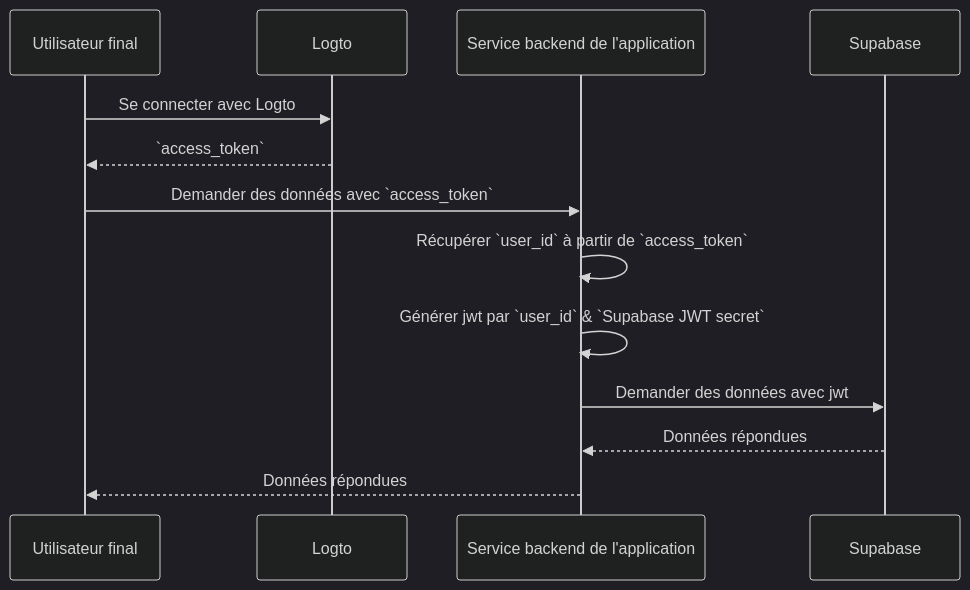
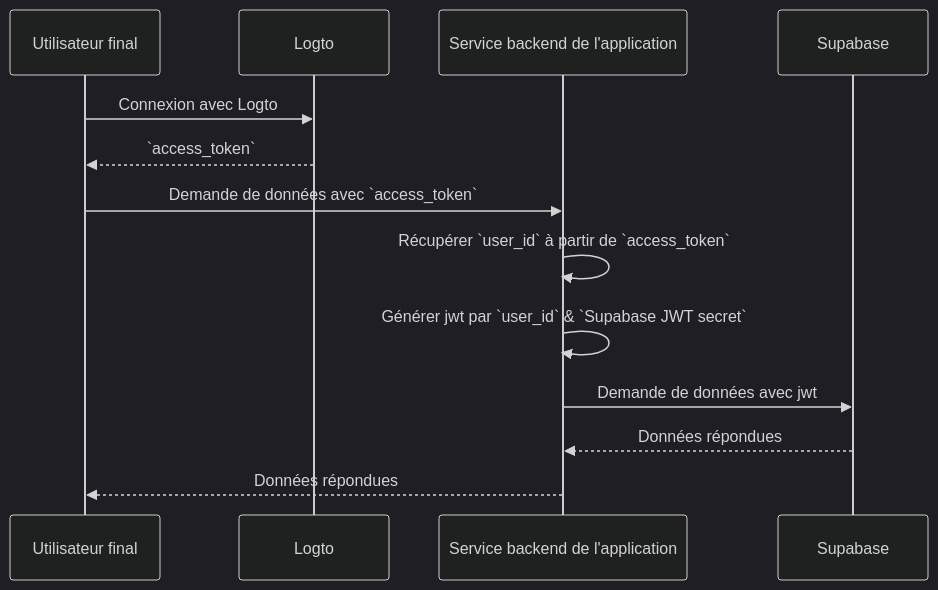
The diagram in i18n/fr/docusaurus-plugin-content-docs/current/quick-starts/database/supabase/README.mdx (logto-io/docs), drawn with Mermaid (dark theme) before and after one commit. The commit also changed other lines of this file and 2629 other files, not shown here.

````diff
--- a/i18n/fr/docusaurus-plugin-content-docs/current/quick-starts/database/supabase/README.mdx
+++ b/i18n/fr/docusaurus-plugin-content-docs/current/quick-starts/database/supabase/README.mdx
@@ -107,16 +113,16 @@
 ```mermaid
 sequenceDiagram
 	Participant U as Utilisateur final
 	Participant Logto
 	Participant B as Service backend de l'application
 	Participant Supabase
 
-	U->>Logto: Se connecter avec Logto
+	U->>Logto: Connexion avec Logto
 	Logto-->>U: `access_token`
-	U->>B: Demander des données avec `access_token`
+	U->>B: Demande de données avec `access_token`
 	B->>B: Récupérer `user_id` à partir de `access_token`
 	B->>B: Générer jwt par `user_id` & `Supabase JWT secret`
-	B->>Supabase: Demander des données avec jwt
+	B->>Supabase: Demande de données avec jwt
 	Supabase-->>B: Données répondues
 	B-->>U: Données répondues
 ```
````
